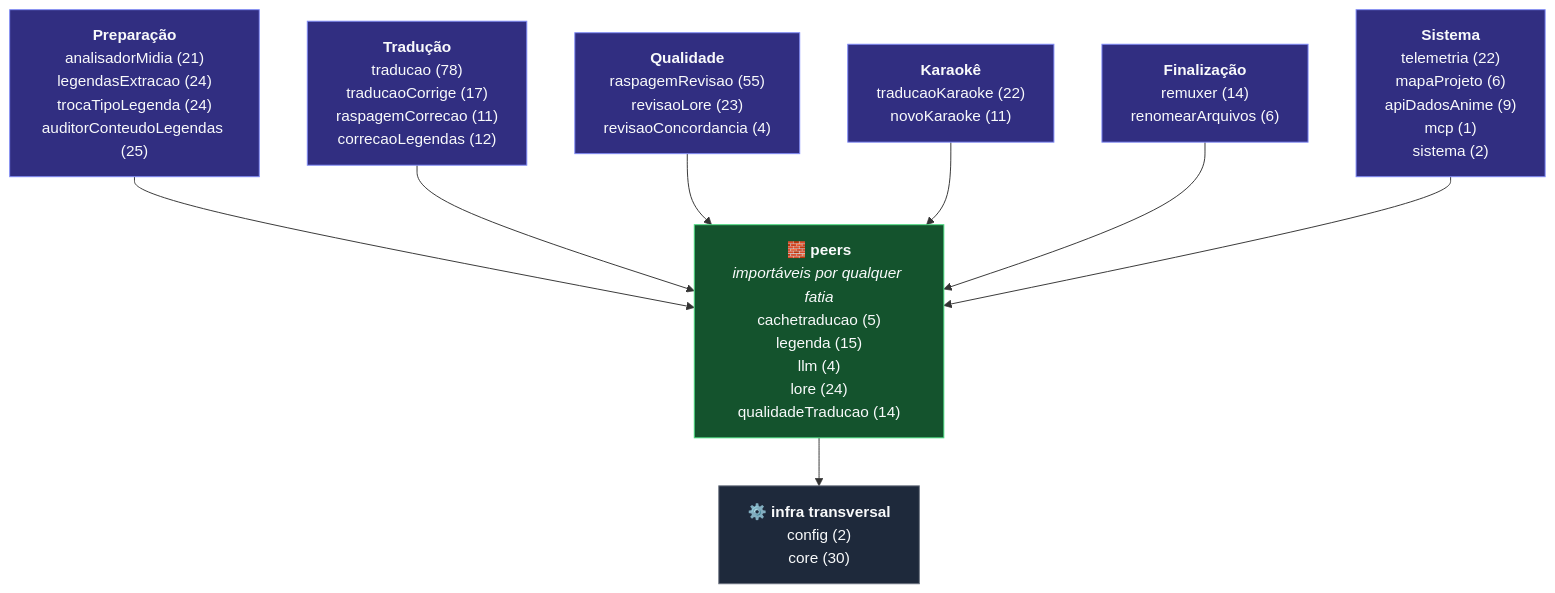
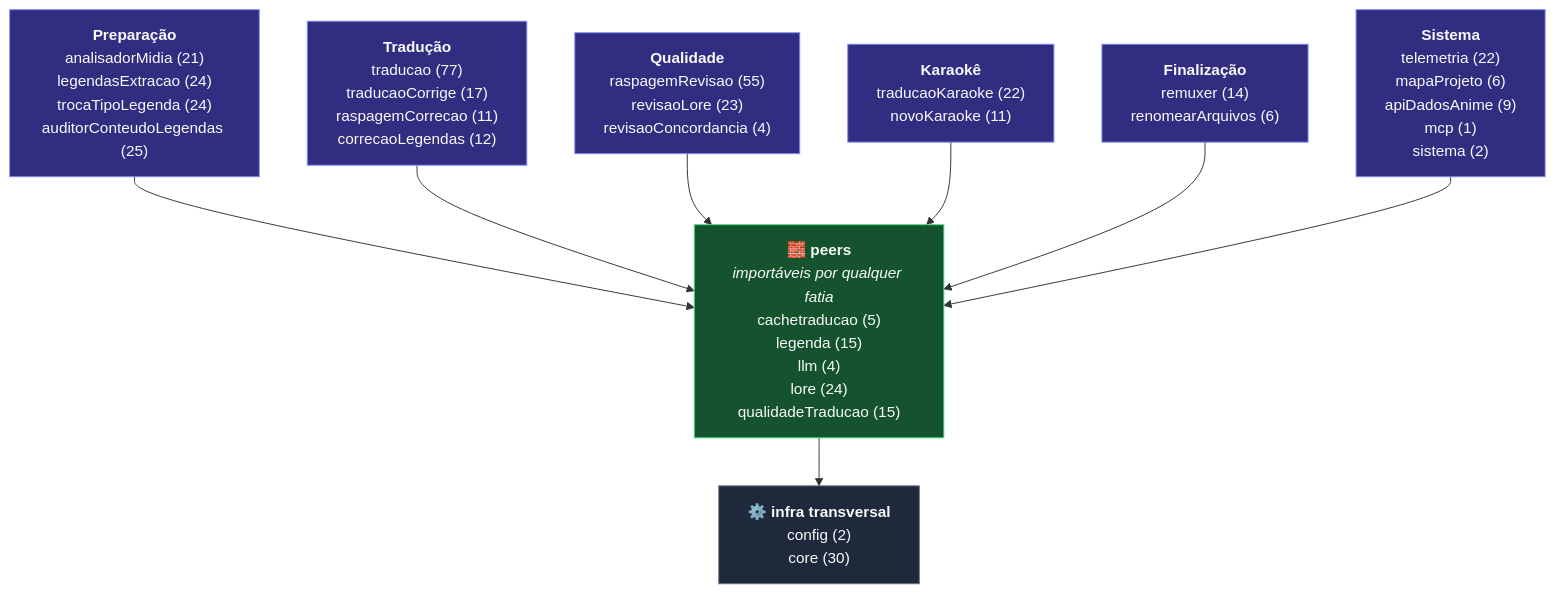
One commit to carmipa/traducao_animes_llm_local_quarkus-1 changed the diagram in docs/ref-esqueleto-projeto.md. Above: the diagram before and after it, drawn with Mermaid. The commit also changed other lines of this file and 18 other files, not shown here.

````diff
--- a/docs/ref-esqueleto-projeto.md
+++ b/docs/ref-esqueleto-projeto.md
@@ -36,21 +36,21 @@
 ```mermaid
 graph TB
     G0["<b>Preparação</b><br/>analisadorMidia (21)<br/>legendasExtracao (24)<br/>trocaTipoLegenda (24)<br/>auditorConteudoLegendas (25)"]:::fatia
-    G1["<b>Tradução</b><br/>traducao (78)<br/>traducaoCorrige (17)<br/>raspagemCorrecao (11)<br/>correcaoLegendas (12)"]:::fatia
+    G1["<b>Tradução</b><br/>traducao (77)<br/>traducaoCorrige (17)<br/>raspagemCorrecao (11)<br/>correcaoLegendas (12)"]:::fatia
     G2["<b>Qualidade</b><br/>raspagemRevisao (55)<br/>revisaoLore (23)<br/>revisaoConcordancia (4)"]:::fatia
     G3["<b>Karaokê</b><br/>traducaoKaraoke (22)<br/>novoKaraoke (11)"]:::fatia
     G4["<b>Finalização</b><br/>remuxer (14)<br/>renomearArquivos (6)"]:::fatia
     G5["<b>Sistema</b><br/>telemetria (22)<br/>mapaProjeto (6)<br/>apiDadosAnime (9)<br/>mcp (1)<br/>sistema (2)"]:::fatia
-    PEERS["<b>🧱 peers</b><br/><i>importáveis por qualquer fatia</i><br/>cachetraducao (5)<br/>legenda (15)<br/>llm (4)<br/>lore (24)<br/>qualidadeTraducao (14)"]:::peer
+    PEERS["<b>🧱 peers</b><br/><i>importáveis por qualquer fatia</i><br/>cachetraducao (5)<br/>legenda (15)<br/>llm (4)<br/>lore (24)<br/>qualidadeTraducao (15)"]:::peer
     BASE["<b>⚙️ infra transversal</b><br/>config (2)<br/>core (30)"]:::base
     G0 --> PEERS
     G1 --> PEERS
     G2 --> PEERS
     G3 --> PEERS
     G4 --> PEERS
     G5 --> PEERS
     PEERS --> BASE
     classDef fatia fill:#312e81,stroke:#818CF8,color:#F9FAFB
     classDef peer fill:#14532d,stroke:#4ADE80,color:#F9FAFB
     classDef base fill:#1e293b,stroke:#6B7280,color:#F9FAFB
 ```
````
